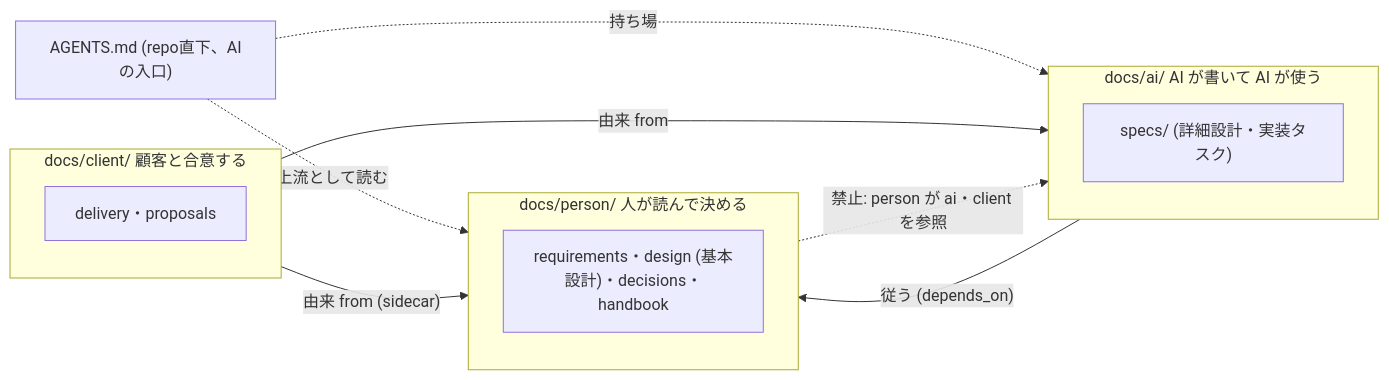
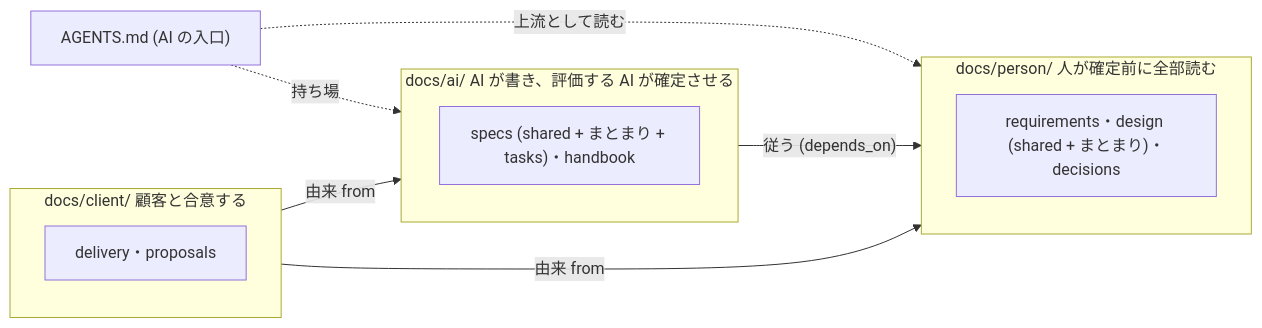
The diagram in docs/design/basic/02-solution-strategy.md (SakakitaniJunya/Igeta), drawn with Mermaid before and after one commit. The commit also changed other lines of this file and 19 other files, not shown here.

````diff
--- a/docs/design/basic/02-solution-strategy.md
+++ b/docs/design/basic/02-solution-strategy.md
@@ -49,19 +46,18 @@
 ```mermaid
 flowchart LR
-  AG["AGENTS.md (repo直下、AIの入口)"]
-  subgraph P["docs/person/ 人が読んで決める"]
-    GD["requirements・design (基本設計)・decisions・handbook"]
+  AG["AGENTS.md (AI の入口)"]
+  subgraph P["docs/person/ 人が確定前に全部読む"]
+    GD["requirements・design (shared + まとまり)・decisions"]
   end
-  subgraph A["docs/ai/ AI が書いて AI が使う"]
-    SP["specs/ (詳細設計・実装タスク)"]
+  subgraph A["docs/ai/ AI が書き、評価する AI が確定させる"]
+    SP["specs (shared + まとまり + tasks)・handbook"]
   end
   subgraph L["docs/client/ 顧客と合意する"]
     DL["delivery・proposals"]
   end
   AG -. "上流として読む" .-> P
   AG -. "持ち場" .-> A
   A -- "従う (depends_on)" --> P
-  L -- "由来 from (sidecar)" --> P
+  L -- "由来 from" --> P
   L -- "由来 from" --> A
-  P -. "禁止: person が ai・client を参照" .-> A
 ```
````
